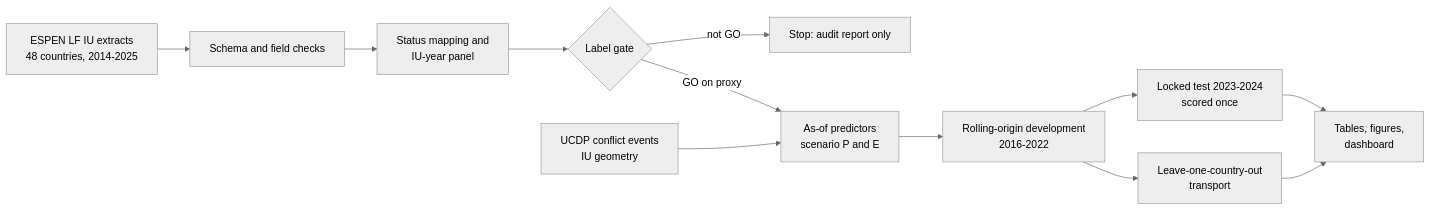
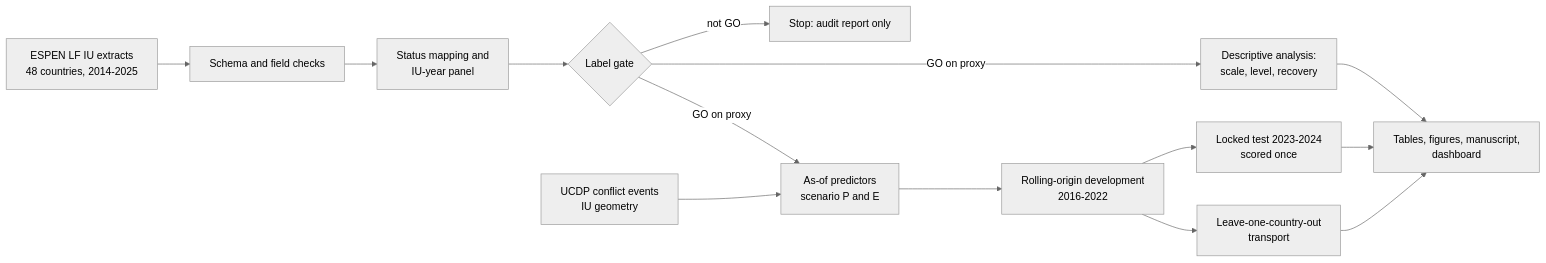
Before and after one commit to Isaac25-lgtm/lf-mda-interruption-prediction: the diagram in README.md, drawn with Mermaid (neutral theme). The commit also changed other lines of this file and 15 other files, not shown here.

````diff
--- a/README.md
+++ b/README.md
@@ -76,14 +145,16 @@
 ```mermaid
 flowchart LR
     A[ESPEN LF IU extracts<br>48 countries, 2014-2025] --> B[Schema and field checks]
     B --> C[Status mapping and<br>IU-year panel]
     C --> D{Label gate}
     D -- not GO --> X[Stop: audit report only]
+    D -- GO on proxy --> S[Descriptive analysis:<br>scale, level, recovery]
     D -- GO on proxy --> E[As-of predictors<br>scenario P and E]
     U[UCDP conflict events<br>IU geometry] --> E
     E --> F[Rolling-origin development<br>2016-2022]
     F --> G[Locked test 2023-2024<br>scored once]
     F --> H[Leave-one-country-out<br>transport]
-    G --> I[Tables, figures,<br>dashboard]
+    G --> I[Tables, figures, manuscript,<br>dashboard]
     H --> I
+    S --> I
 ```
````
